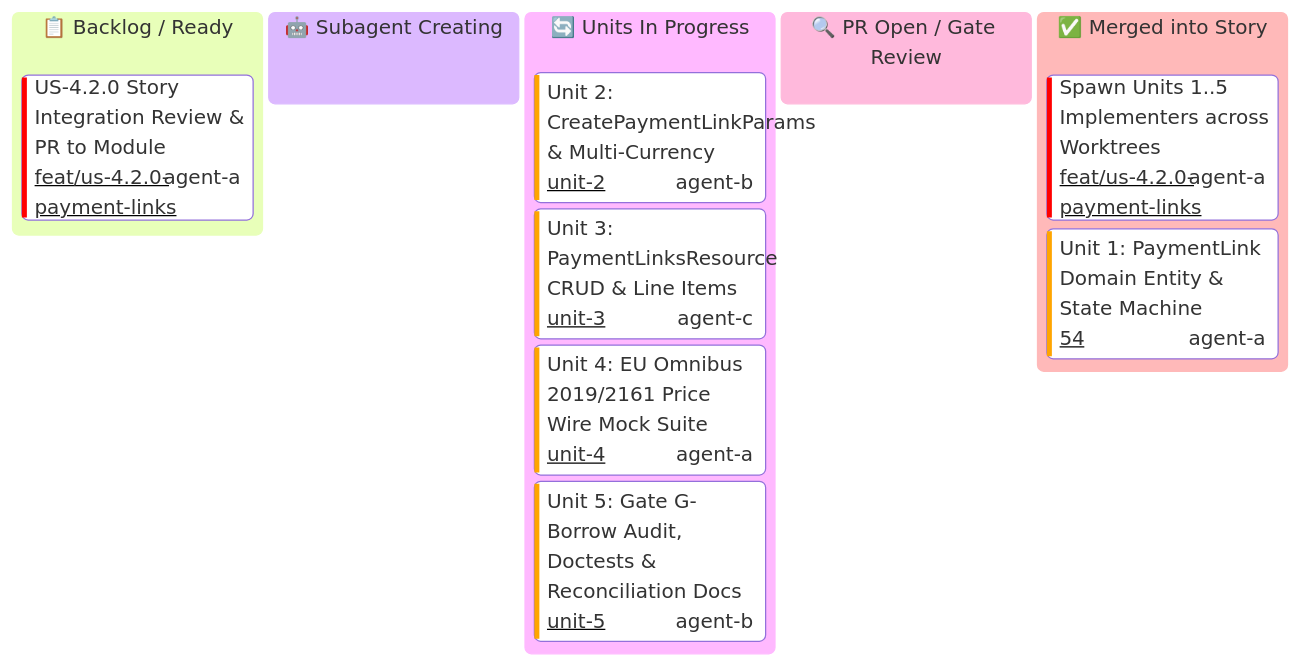
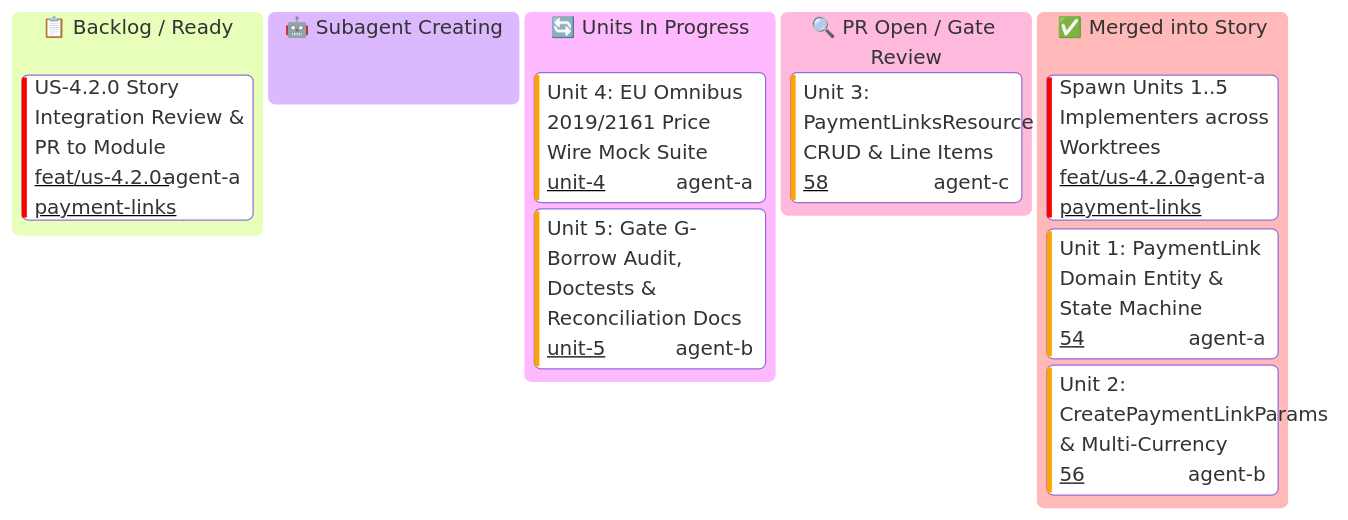
Before and after one commit to some-of-cs/some-stripe: the diagram in docs/user-stories/module-4-hosted-checkout-and-links/US-4.2.0-KANBAN.md, drawn with Mermaid. The commit also changed other lines of this file and 7 other files, not shown here.

````diff
--- a/docs/user-stories/module-4-hosted-checkout-and-links/US-4.2.0-KANBAN.md
+++ b/docs/user-stories/module-4-hosted-checkout-and-links/US-4.2.0-KANBAN.md
@@ -14,20 +14,20 @@
 ```mermaid
 ---
 config:
   kanban:
     ticketBaseUrl: 'https://github.com/some-of-cs/some-stripe/pull/#TICKET#'
 ---
 kanban
   todo[📋 Backlog / Ready]
     s42_pr[US-4.2.0 Story Integration Review & PR to Module]@{ ticket: 'feat/us-4.2.0-payment-links', assigned: 'agent-a', priority: 'Very High' }
   spawning[🤖 Subagent Creating]
   in_progress[🔄 Units In Progress]
-    u422[Unit 2: CreatePaymentLinkParams & Multi-Currency]@{ ticket: 'unit-2', assigned: 'agent-b', priority: 'High' }
-    u423[Unit 3: PaymentLinksResource CRUD & Line Items]@{ ticket: 'unit-3', assigned: 'agent-c', priority: 'High' }
     u424[Unit 4: EU Omnibus 2019/2161 Price Wire Mock Suite]@{ ticket: 'unit-4', assigned: 'agent-a', priority: 'High' }
     u425[Unit 5: Gate G-Borrow Audit, Doctests & Reconciliation Docs]@{ ticket: 'unit-5', assigned: 'agent-b', priority: 'High' }
   review[🔍 PR Open / Gate Review]
+    u423[Unit 3: PaymentLinksResource CRUD & Line Items]@{ ticket: '58', assigned: 'agent-c', priority: 'High' }
   done[✅ Merged into Story]
     s42_spawn_units[Spawn Units 1..5 Implementers across Worktrees]@{ ticket: 'feat/us-4.2.0-payment-links', assigned: 'agent-a', priority: 'Very High' }
     u421[Unit 1: PaymentLink Domain Entity & State Machine]@{ ticket: '54', assigned: 'agent-a', priority: 'High' }
+    u422[Unit 2: CreatePaymentLinkParams & Multi-Currency]@{ ticket: '56', assigned: 'agent-b', priority: 'High' }
 ```
````
